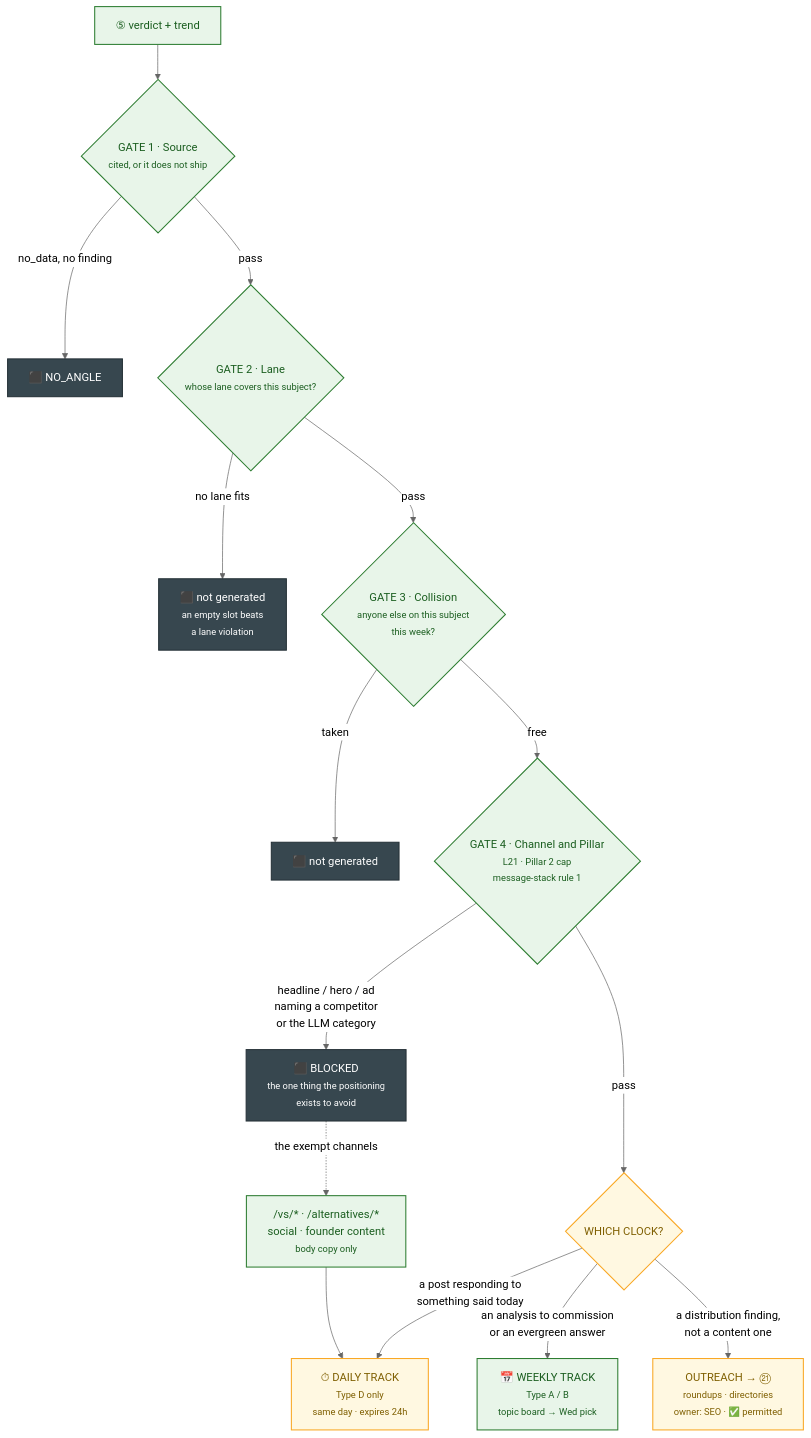
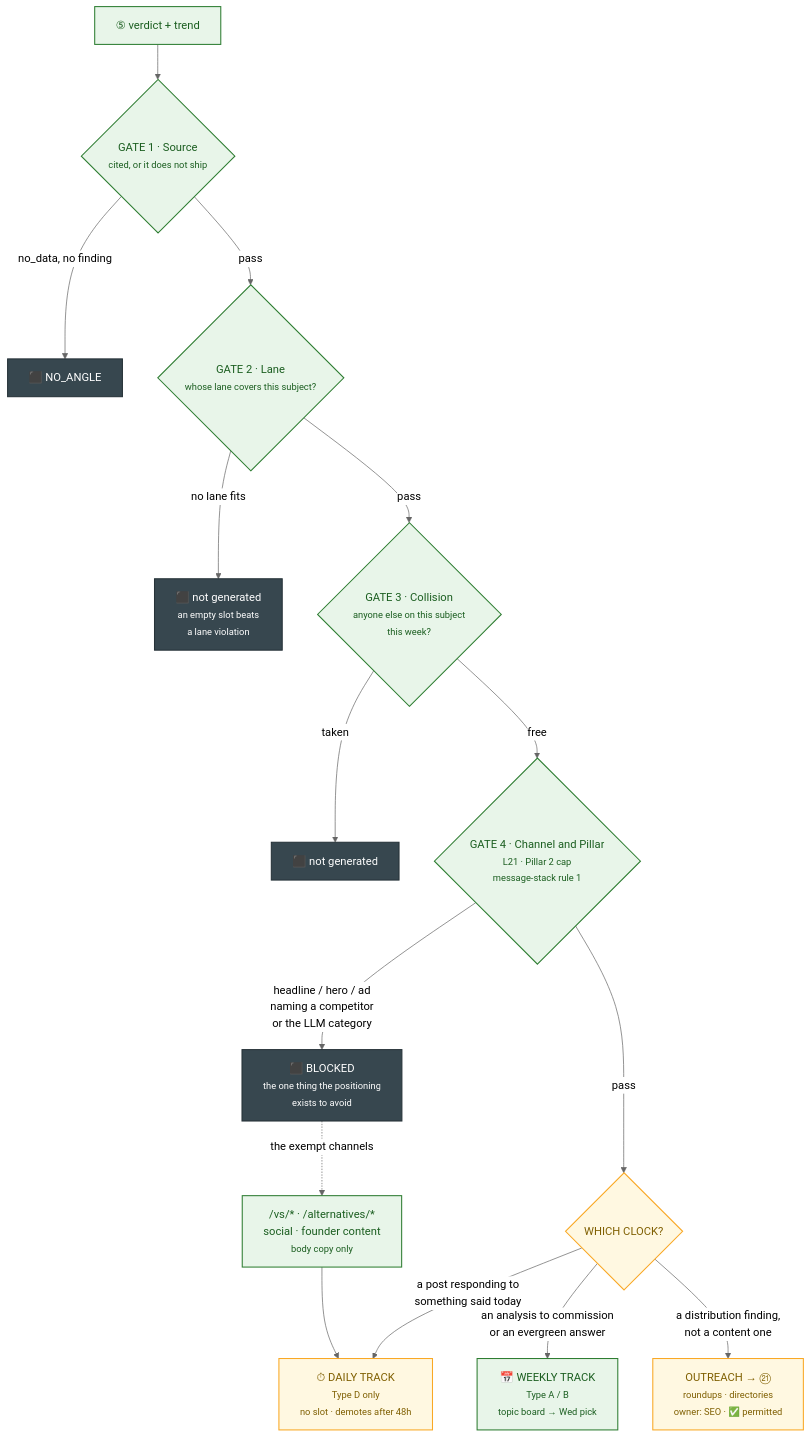
Before and after one commit to rathishreya/Caspr: the sixth of 24 diagrams in docs/gtm/content-engine-flowchart.md, drawn with Mermaid (neutral theme). The commit also changed other lines of this file and 30 other files, not shown here.

````diff
--- a/docs/gtm/content-engine-flowchart.md
+++ b/docs/gtm/content-engine-flowchart.md
@@ -409,33 +409,33 @@
 ```mermaid
 flowchart TD
     IN["⑤ verdict + trend"] --> G1{"GATE 1 · Source<br/><small>cited, or it does not ship</small>"}
     G1 -->|"no_data, no finding"| X1["⬛ NO_ANGLE"]
     G1 -->|"pass"| G2
 
     G2{"GATE 2 · Lane<br/><small>whose lane covers this subject?</small>"}
     G2 -->|"no lane fits"| X2["⬛ not generated<br/><small>an empty slot beats<br/>a lane violation</small>"]
     G2 -->|"pass"| G3
 
     G3{"GATE 3 · Collision<br/><small>anyone else on this subject<br/>this week?</small>"}
     G3 -->|"taken"| X3["⬛ not generated"]
     G3 -->|"free"| G4
 
     G4{"GATE 4 · Channel and Pillar<br/><small>L21 · Pillar 2 cap<br/>message-stack rule 1</small>"}
     G4 -->|"headline / hero / ad<br/>naming a competitor<br/>or the LLM category"| X4["⬛ BLOCKED<br/><small>the one thing the positioning<br/>exists to avoid</small>"]
     G4 -->|"pass"| ROUTE
 
     ROUTE{"WHICH CLOCK?"}
-    ROUTE -->|"a post responding to<br/>something said today"| D["⏱ DAILY TRACK<br/><small>Type D only<br/>same day · expires 24h</small>"]
+    ROUTE -->|"a post responding to<br/>something said today"| D["⏱ DAILY TRACK<br/><small>Type D only<br/>no slot · demotes after 48h</small>"]
     ROUTE -->|"an analysis to commission<br/>or an evergreen answer"| W["📅 WEEKLY TRACK<br/><small>Type A / B<br/>topic board → Wed pick</small>"]
     ROUTE -->|"a distribution finding,<br/>not a content one"| O["OUTREACH → ㉑<br/><small>roundups · directories<br/>owner: SEO · ✅ permitted</small>"]
 
     X4 -.->|"the exempt channels"| EX["/vs/* · /alternatives/*<br/>social · founder content<br/><small>body copy only</small>"]
     EX --> D
 
     classDef joy fill:#e8f5e9,stroke:#2e7d32,stroke-width:1.5px,color:#1b5e20
     classDef new fill:#fff8e1,stroke:#f9a825,stroke-width:1.5px,color:#7f5f00
     classDef stop fill:#37474f,stroke:#263238,stroke-width:1.5px,color:#ffffff
     class IN,G1,G2,G3,G4,W,EX joy
     class ROUTE,D,O new
     class X1,X2,X3,X4 stop
 ```
````
